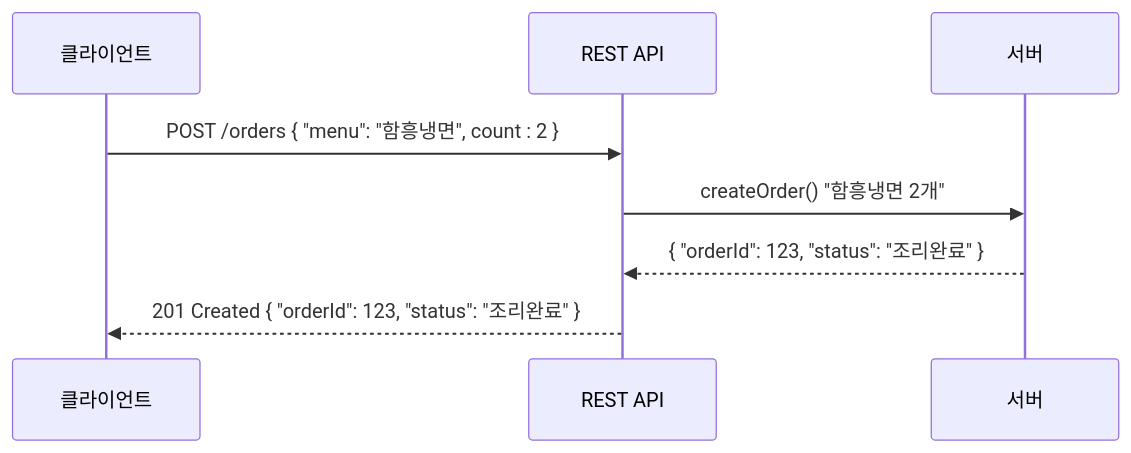
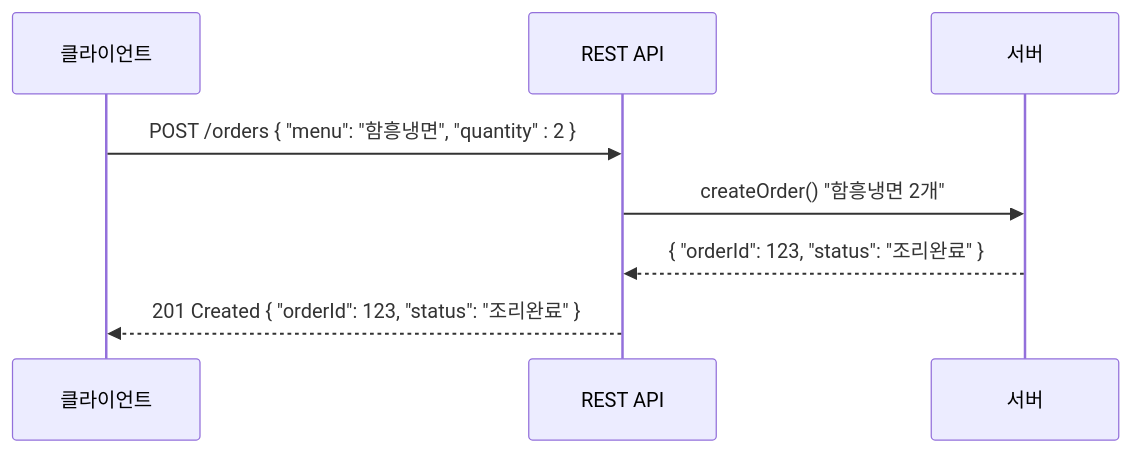
One commit to Danal-Crafters/crafters-journals changed the second of 5 diagrams in 2025-05/RESTAPI란.md. Above: the diagram before and after it, drawn with Mermaid. The commit also changed other lines of this file and 2 other files, not shown here.

````diff
--- a/2025-05/RESTAPI란.md
+++ b/2025-05/RESTAPI란.md
@@ -39,11 +46,11 @@
 ```mermaid
 sequenceDiagram
     participant 손님 as 클라이언트
     participant 종업원 as REST API
     participant 주방 as 서버
 
-    손님->>종업원: POST /orders { "menu": "함흥냉면",  count : 2 }
+    손님->>종업원: POST /orders { "menu": "함흥냉면",  "quantity" : 2 }
     종업원->>주방: createOrder() "함흥냉면 2개"
     주방-->>종업원: { "orderId": 123, "status": "조리완료" }
     종업원-->>손님: 201 Created { "orderId": 123, "status": "조리완료" }
 ```
````
